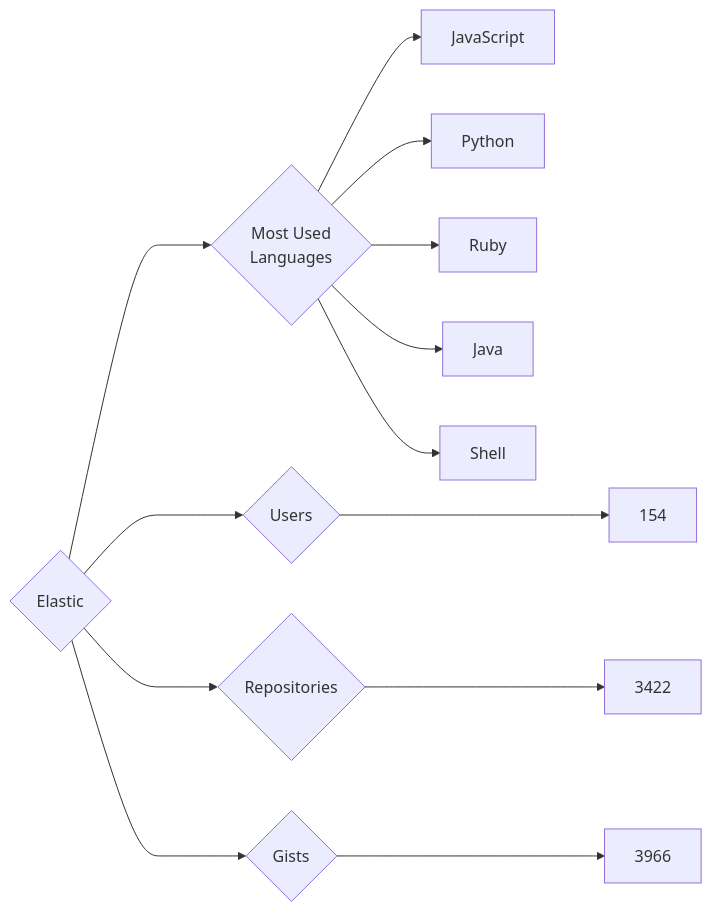
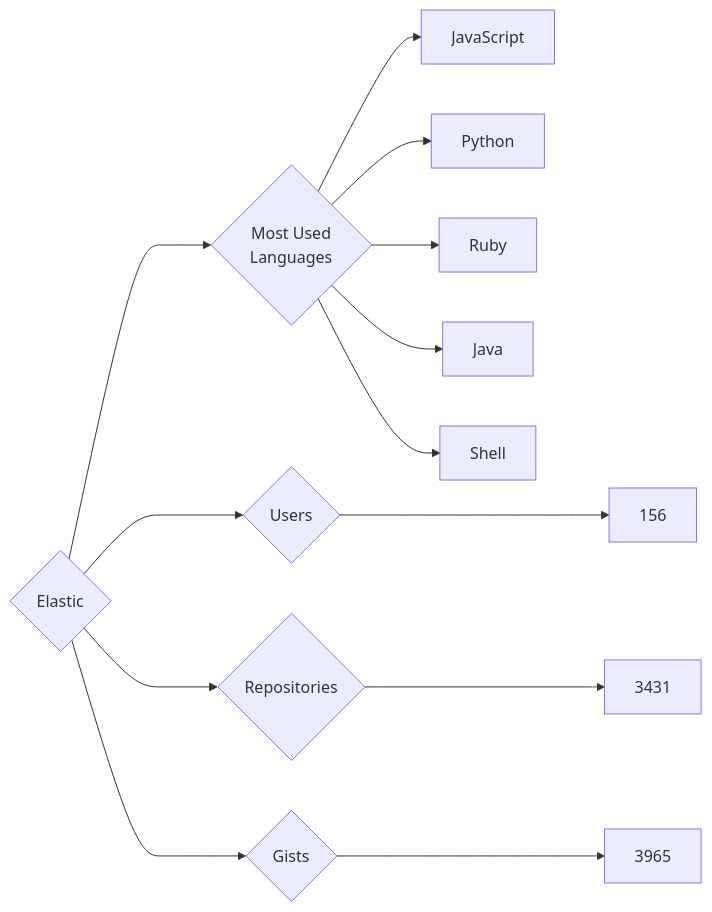
One commit to trickest/insiders changed the diagram in targets/Elastic/README.md. Above: the diagram before and after it, drawn with Mermaid. The commit also changed 614 other files, not shown here.

````diff
--- a/targets/Elastic/README.md
+++ b/targets/Elastic/README.md
@@ -3,13 +3,13 @@
 ```mermaid
 graph LR
 COMPANY_NAME{Elastic}
-COMPANY_NAME ---> U{Users} ---> UN[154]
-COMPANY_NAME ---> R{Repositories} ---> RN[3422]
-COMPANY_NAME ---> G{Gists} ---> GN[3966]
+COMPANY_NAME ---> U{Users} ---> UN[156]
+COMPANY_NAME ---> R{Repositories} ---> RN[3431]
+COMPANY_NAME ---> G{Gists} ---> GN[3965]
 COMPANY_NAME ---> ML{Most Used<br>Languages}
 ML --> JavaScript[JavaScript]
 ML --> Python[Python]
 ML --> Ruby[Ruby]
 ML --> Java[Java]
 ML --> Shell[Shell]
 ```
````
